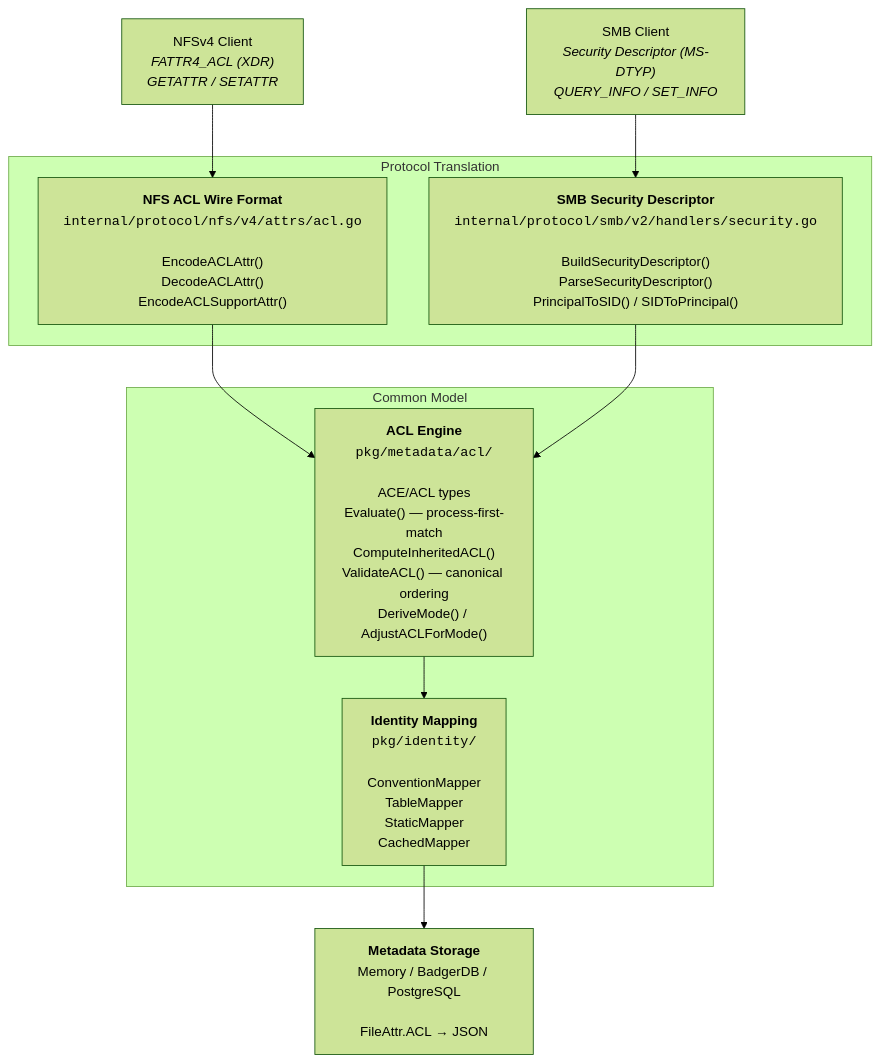
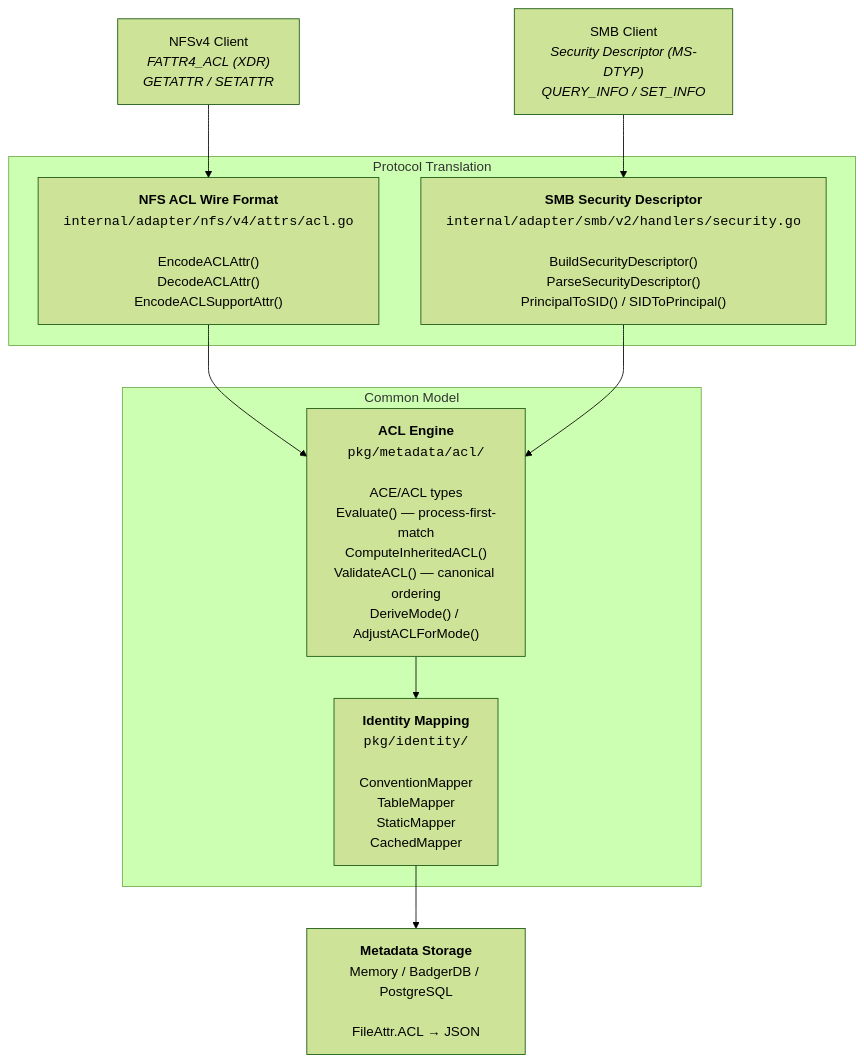
One commit to esignoretti/dittofs changed the diagram in docs/ACLS.md. Above: the diagram before and after it, drawn with Mermaid (forest theme). The commit also changed other lines of this file and 826 other files, not shown here.

First line of the commit message:
refactor: NFS adapter restructuring (Phase 27) (#192)

````diff
--- a/docs/ACLS.md
+++ b/docs/ACLS.md
@@ -7,25 +7,25 @@
 ```mermaid
 graph TB
     NFS["NFSv4 Client<br/><i>FATTR4_ACL (XDR)</i><br/><i>GETATTR / SETATTR</i>"]
     SMB["SMB Client<br/><i>Security Descriptor (MS-DTYP)</i><br/><i>QUERY_INFO / SET_INFO</i>"]
 
     NFS --> NFSWIRE
     SMB --> SMBWIRE
 
     subgraph "Protocol Translation"
-        NFSWIRE["<b>NFS ACL Wire Format</b><br/><code>internal/protocol/nfs/v4/attrs/acl.go</code><br/><br/>EncodeACLAttr()<br/>DecodeACLAttr()<br/>EncodeACLSupportAttr()"]
-        SMBWIRE["<b>SMB Security Descriptor</b><br/><code>internal/protocol/smb/v2/handlers/security.go</code><br/><br/>BuildSecurityDescriptor()<br/>ParseSecurityDescriptor()<br/>PrincipalToSID() / SIDToPrincipal()"]
+        NFSWIRE["<b>NFS ACL Wire Format</b><br/><code>internal/adapter/nfs/v4/attrs/acl.go</code><br/><br/>EncodeACLAttr()<br/>DecodeACLAttr()<br/>EncodeACLSupportAttr()"]
+        SMBWIRE["<b>SMB Security Descriptor</b><br/><code>internal/adapter/smb/v2/handlers/security.go</code><br/><br/>BuildSecurityDescriptor()<br/>ParseSecurityDescriptor()<br/>PrincipalToSID() / SIDToPrincipal()"]
     end
 
     NFSWIRE --> ACL
     SMBWIRE --> ACL
 
     subgraph "Common Model"
         ACL["<b>ACL Engine</b><br/><code>pkg/metadata/acl/</code><br/><br/>ACE/ACL types<br/>Evaluate() — process-first-match<br/>ComputeInheritedACL()<br/>ValidateACL() — canonical ordering<br/>DeriveMode() / AdjustACLForMode()"]
         IDENTITY["<b>Identity Mapping</b><br/><code>pkg/identity/</code><br/><br/>ConventionMapper<br/>TableMapper<br/>StaticMapper<br/>CachedMapper"]
     end
 
     ACL --> IDENTITY
 
     IDENTITY --> STORAGE["<b>Metadata Storage</b><br/>Memory / BadgerDB / PostgreSQL<br/><br/>FileAttr.ACL → JSON"]
 ```
````
